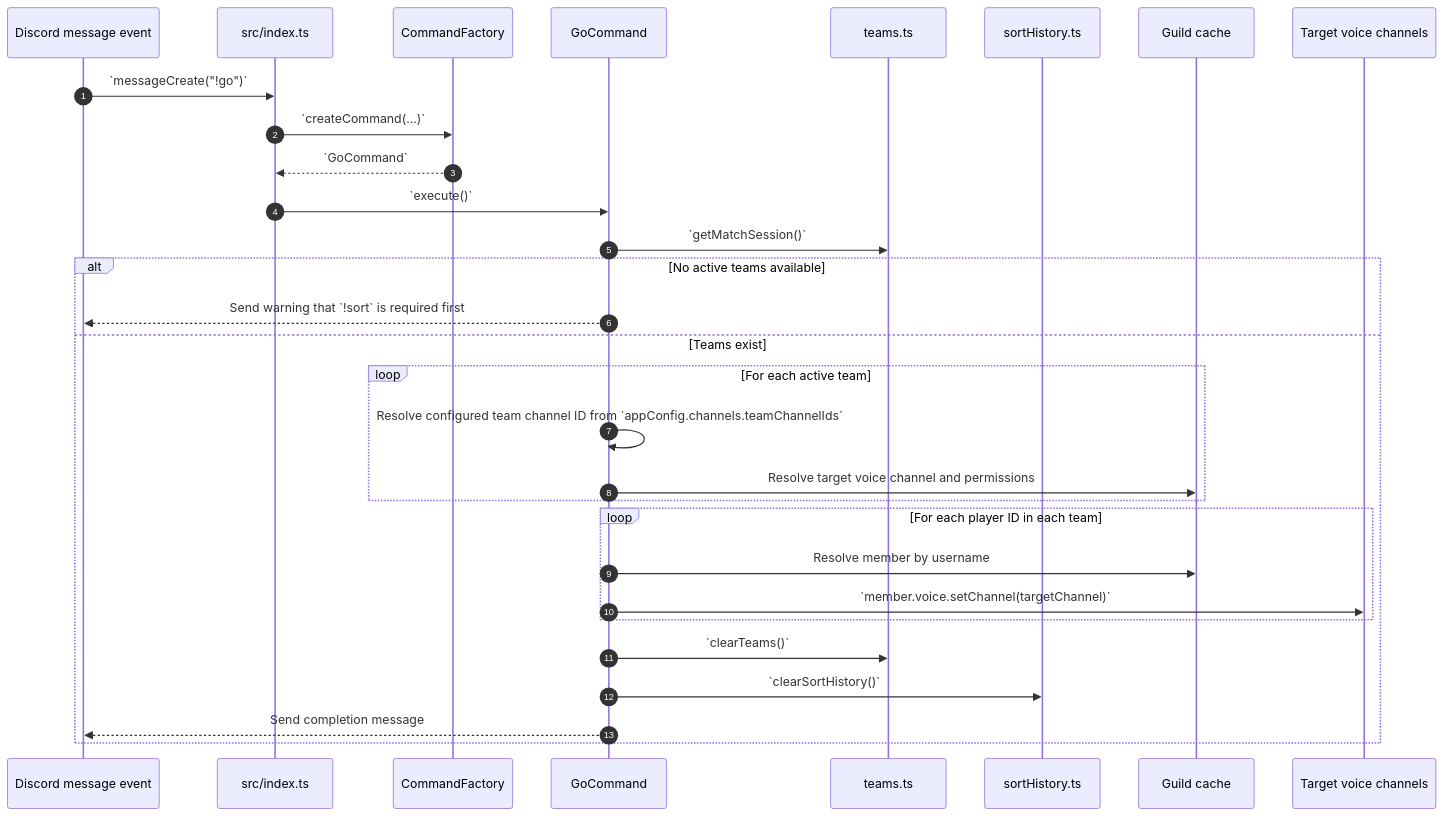
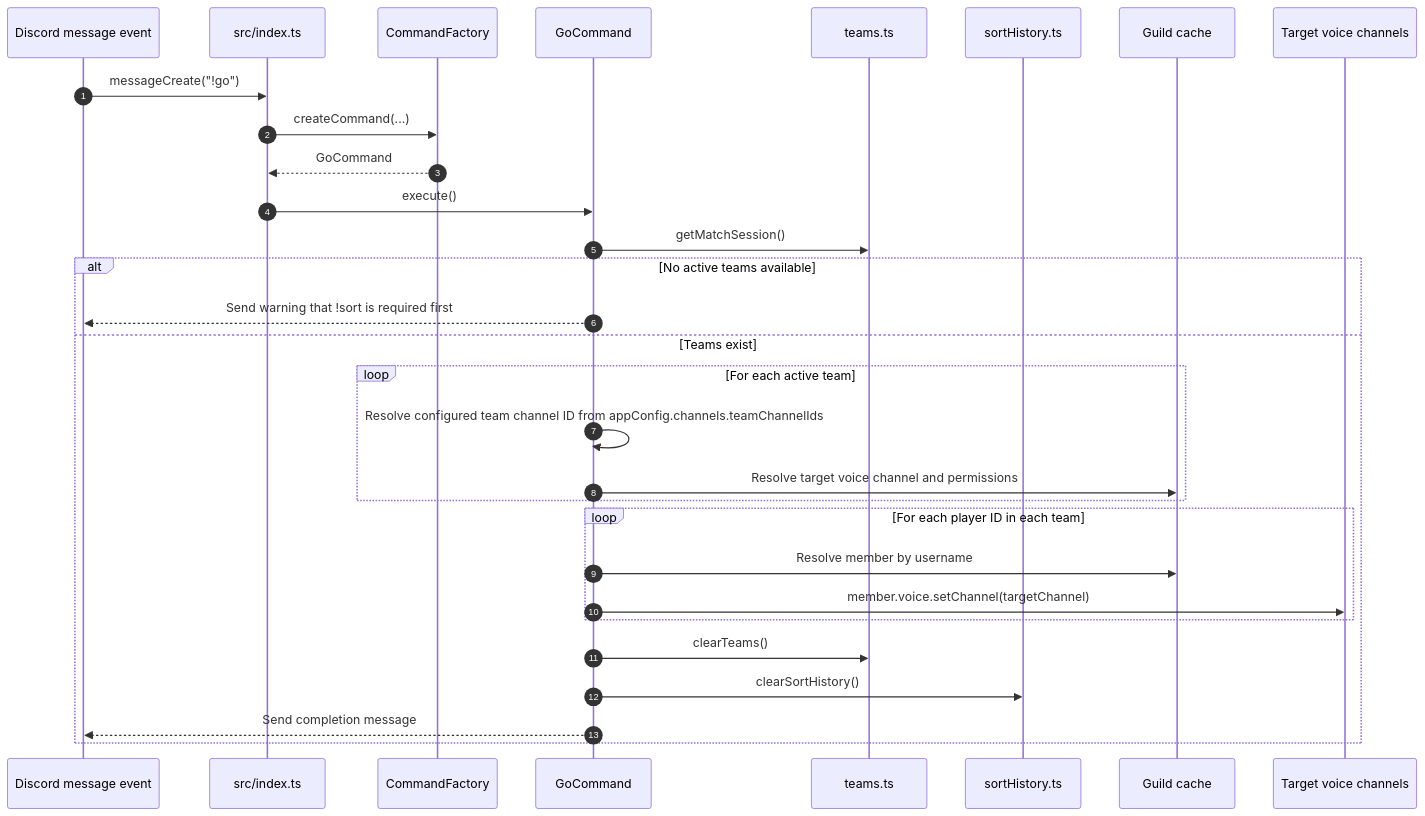
One commit to Ariel-Patino/discord-sort-players-dota changed the sixth of 8 diagrams in documents/ARCHITECTURE.md. Above: the diagram before and after it, drawn with Mermaid. The commit also changed other lines of this file, not shown here.

Commit message:
docs: fix mermaid syntax for GitHub rendering

````diff
--- a/documents/ARCHITECTURE.md
+++ b/documents/ARCHITECTURE.md
@@ -337,33 +337,33 @@
 ```mermaid
 sequenceDiagram
     autonumber
     participant Discord as Discord message event
     participant App as src/index.ts
     participant Factory as CommandFactory
     participant GoCmd as GoCommand
     participant Teams as teams.ts
     participant History as sortHistory.ts
     participant Guild as Guild cache
     participant Voice as Target voice channels
 
-    Discord->>App: `messageCreate("!go")`
-    App->>Factory: `createCommand(...)`
-    Factory-->>App: `GoCommand`
-    App->>GoCmd: `execute()`
-    GoCmd->>Teams: `getMatchSession()`
+    Discord->>App: messageCreate("!go")
+    App->>Factory: createCommand(...)
+    Factory-->>App: GoCommand
+    App->>GoCmd: execute()
+    GoCmd->>Teams: getMatchSession()
     alt No active teams available
-        GoCmd-->>Discord: Send warning that `!sort` is required first
+        GoCmd-->>Discord: Send warning that !sort is required first
     else Teams exist
         loop For each active team
-            GoCmd->>GoCmd: Resolve configured team channel ID from `appConfig.channels.teamChannelIds`
+            GoCmd->>GoCmd: Resolve configured team channel ID from appConfig.channels.teamChannelIds
             GoCmd->>Guild: Resolve target voice channel and permissions
         end
         loop For each player ID in each team
             GoCmd->>Guild: Resolve member by username
-            GoCmd->>Voice: `member.voice.setChannel(targetChannel)`
+            GoCmd->>Voice: member.voice.setChannel(targetChannel)
         end
-        GoCmd->>Teams: `clearTeams()`
-        GoCmd->>History: `clearSortHistory()`
+        GoCmd->>Teams: clearTeams()
+        GoCmd->>History: clearSortHistory()
         GoCmd-->>Discord: Send completion message
     end
 ```
````
